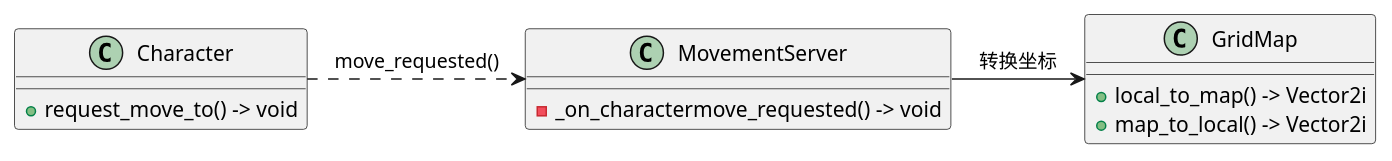
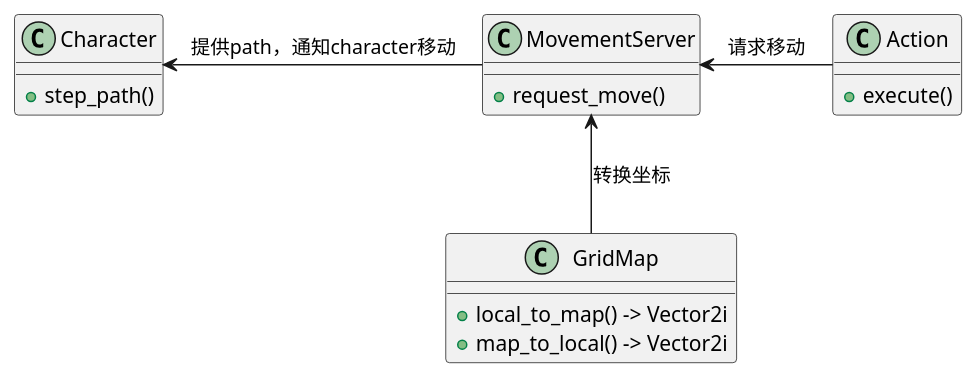
One commit to minkieyume/nightcat-srpg changed the second of 2 diagrams in 程序架构/角色类.org. Above: the diagram before and after it, drawn with PlantUML. The commit also changed other lines of this file and 5 other files, not shown here.

```diff
--- a/程序架构/角色类.org
+++ b/程序架构/角色类.org
@@ -38,14 +32,18 @@
 #+begin_src plantuml :file character_relation.png
 class Character{
-+ request_move_to() -> void
++ step_path()
 }
 class MovementServer{
-- _on_charactermove_requested() -> void
++ request_move()
 }
 class GridMap{
 + local_to_map() -> Vector2i
 + map_to_local() -> Vector2i
 }
-Character .right.> MovementServer : move_requested()
-MovementServer -right-> GridMap : 转换坐标
+class Action{
++ execute()
+}
+Character <-right- MovementServer : 提供path，通知character移动
+MovementServer <-down- GridMap : 转换坐标
+Action -left-> MovementServer : 请求移动
 #+end_src
```
